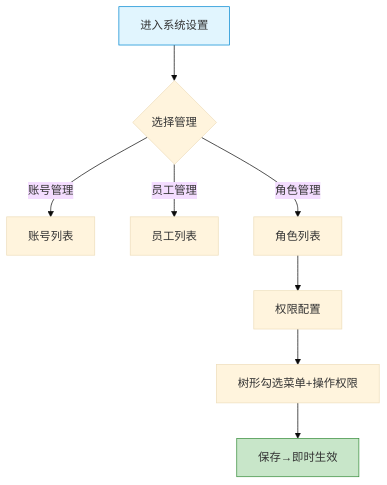
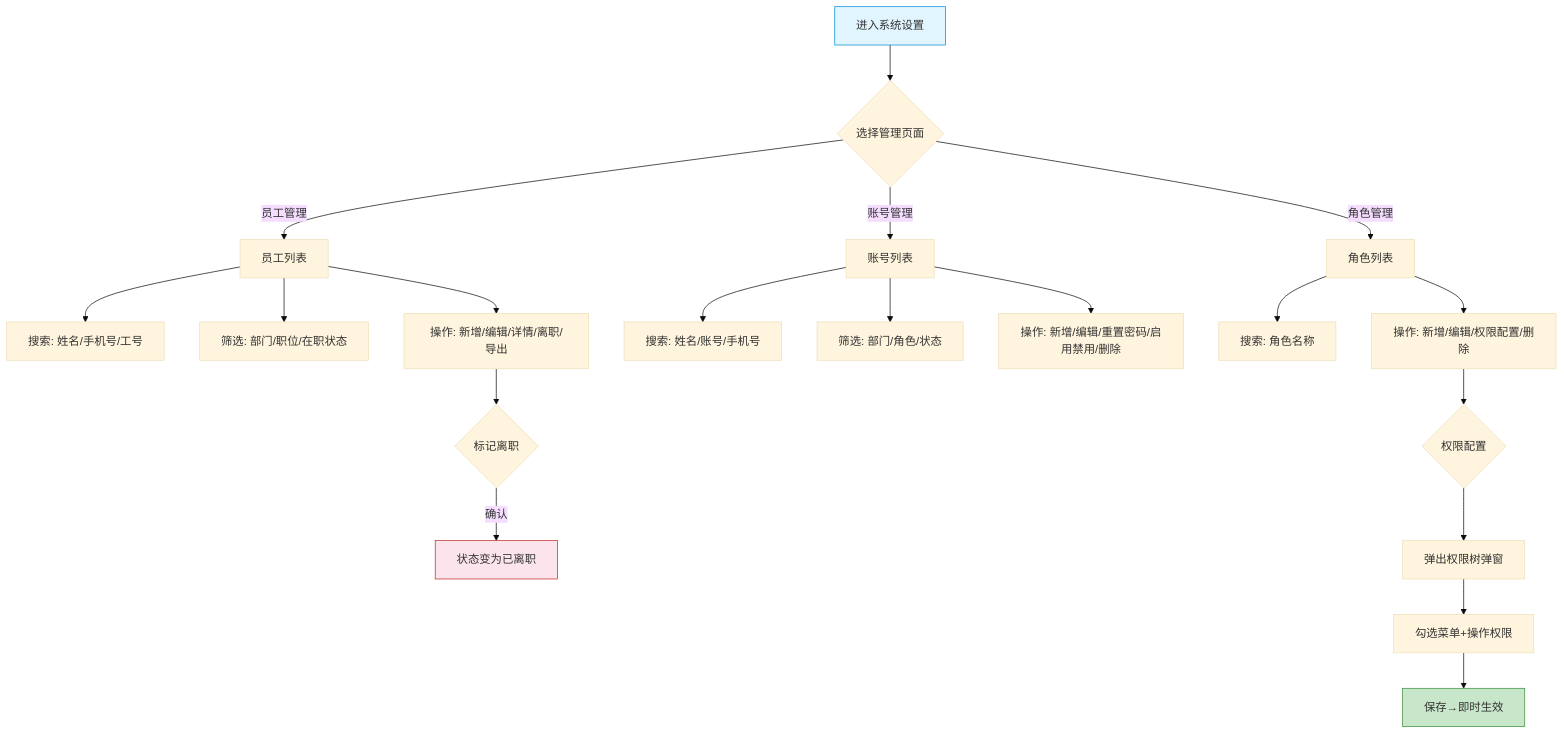
The diagram in prd-docs/supplier/09-系统设置功能设计.md (LinYuanxia/gongchengcang), drawn with Mermaid (base theme) before and after one commit. The commit also changed other lines of this file and 40765 other files, not shown here.

````diff
--- a/prd-docs/supplier/09-系统设置功能设计.md
+++ b/prd-docs/supplier/09-系统设置功能设计.md
@@ -112,13 +93,28 @@
 ```mermaid
 flowchart TD
-    A[进入系统设置] --> B{选择管理}
-    B -->|账号管理| C[账号列表]
-    B -->|员工管理| D[员工列表]
+    A[进入系统设置] --> B{选择管理页面}
+    B -->|员工管理| C[员工列表]
+    B -->|账号管理| D[账号列表]
     B -->|角色管理| E[角色列表]
-    E --> F[权限配置]
-    F --> G[树形勾选菜单+操作权限]
-    G --> H[保存→即时生效]
+
+    C --> C1[搜索: 姓名/手机号/工号]
+    C --> C2[筛选: 部门/职位/在职状态]
+    C --> C3[操作: 新增/编辑/详情/离职/导出]
+    C3 --> C4{标记离职}
+    C4 -->|确认| C5[状态变为已离职]
+
+    D --> D1[搜索: 姓名/账号/手机号]
+    D --> D2[筛选: 部门/角色/状态]
+    D --> D3[操作: 新增/编辑/重置密码/启用禁用/删除]
+
+    E --> E1[搜索: 角色名称]
+    E --> E2[操作: 新增/编辑/权限配置/删除]
+    E2 --> E3{权限配置}
+    E3 --> E4[弹出权限树弹窗]
+    E4 --> E5[勾选菜单+操作权限]
+    E5 --> E6[保存→即时生效]
 
     style A fill:#e1f5fe,stroke:#0288d1
-    style H fill:#c8e6c9,stroke:#388e3c
+    style C5 fill:#fce4ec,stroke:#c62828
+    style E6 fill:#c8e6c9,stroke:#388e3c
 ```
````
